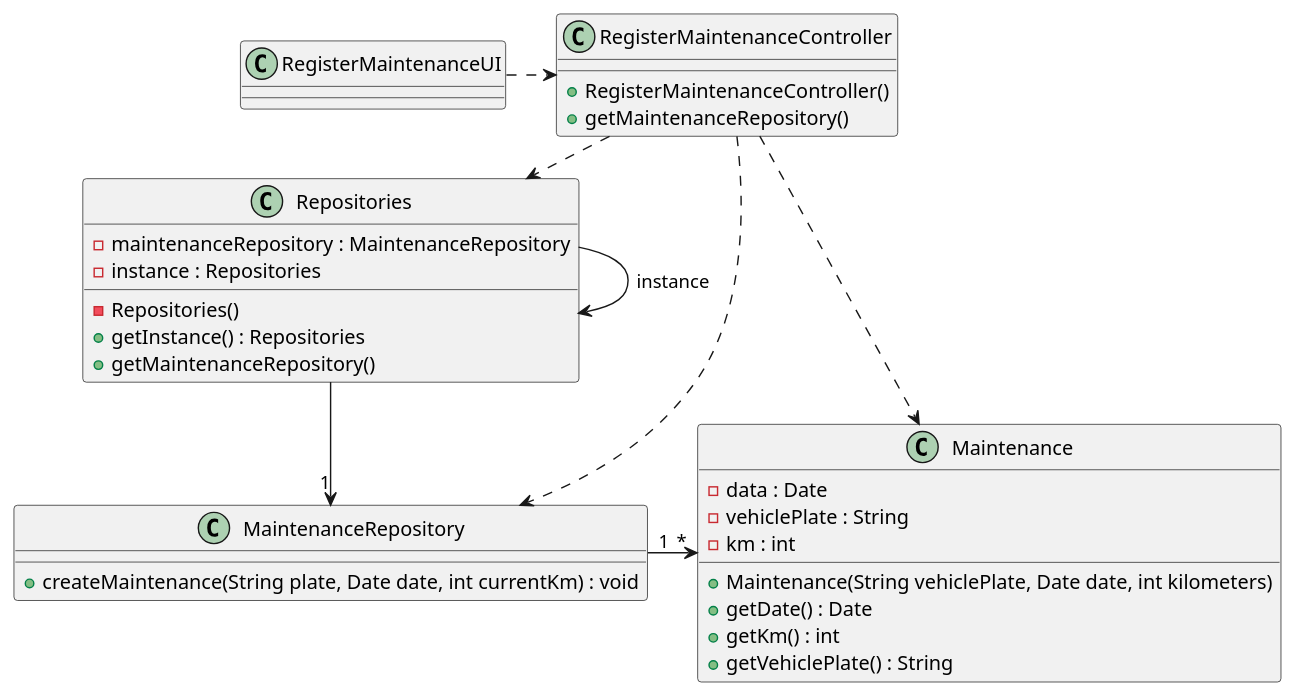
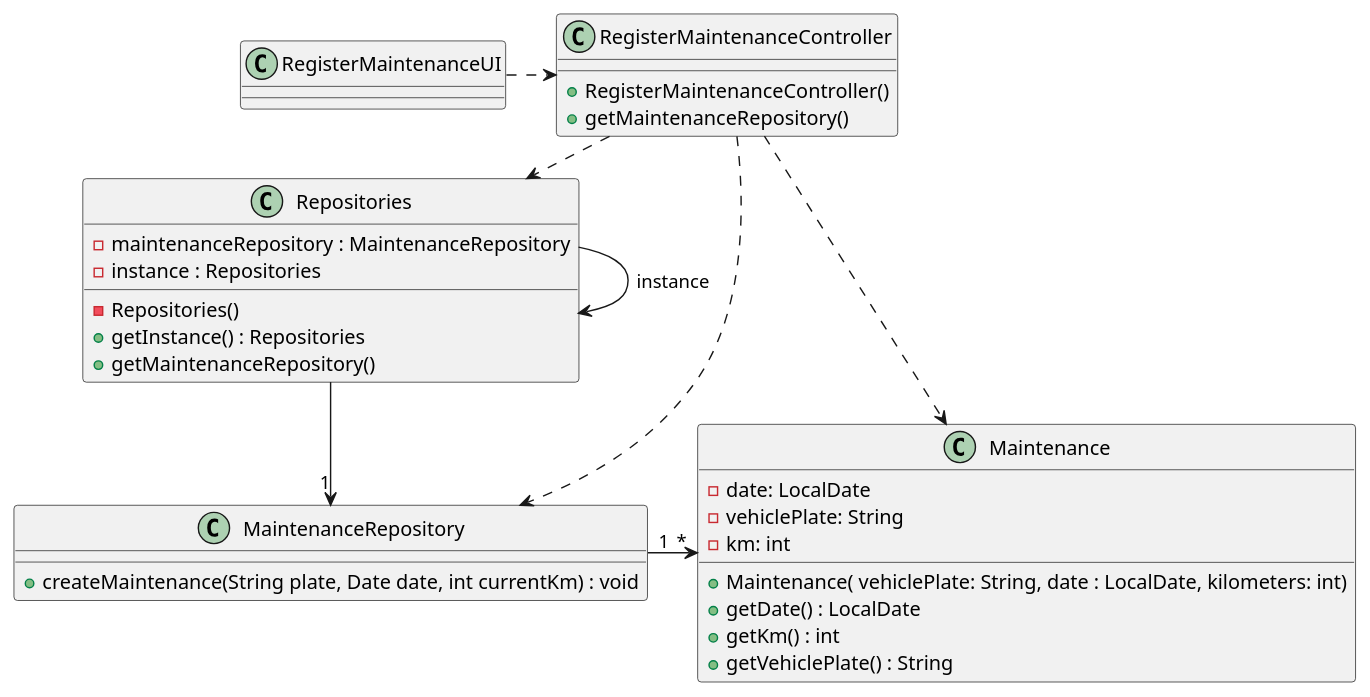
One commit to ricardomm7/leaflink changed the diagram in docs/sprintC/us007/03.design/puml/us007-class-diagram.puml. Above: the diagram before and after it, drawn with PlantUML. The commit also changed 16 other files, not shown here.

Commit message:
Correct ListMaintenance (Feedback); Update VehicleType as enum; Verify vehicle plates format for year; Update Tests and DiagramClass

```diff
--- a/docs/sprintC/us007/03.design/puml/us007-class-diagram.puml
+++ b/docs/sprintC/us007/03.design/puml/us007-class-diagram.puml
@@ -1,55 +1,55 @@
 @startuml
 skinparam shadowing false
 skinparam line type polyline
 
 'left to right direction
 
 class Maintenance {
-    - data : Date
-    - vehiclePlate : String
-    - km : int
+    - date: LocalDate
+    - vehiclePlate: String
+    - km: int
 
-    + Maintenance(String vehiclePlate, Date date, int kilometers)
-    + getDate() : Date
+    + Maintenance( vehiclePlate: String, date : LocalDate, kilometers: int)
+    + getDate() : LocalDate
     + getKm() : int
     + getVehiclePlate() : String
 }
 
 
 class MaintenanceRepository {
     + createMaintenance(String plate, Date date, int currentKm) : void
 }
 
 class Repositories {
 -maintenanceRepository : MaintenanceRepository
         - instance : Repositories
         - Repositories()
     + getInstance() : Repositories
     + getMaintenanceRepository()
 }
 
 class RegisterMaintenanceController {
     + RegisterMaintenanceController()
     + getMaintenanceRepository()
 }
 
 class RegisterMaintenanceUI {
 }
 
 Repositories -> Repositories : instance
 
 RegisterMaintenanceUI .> RegisterMaintenanceController
 
 RegisterMaintenanceController .> Repositories
 
 RegisterMaintenanceController ..> MaintenanceRepository
 
 Repositories -> "1" MaintenanceRepository
 
 MaintenanceRepository "1" -> "*" Maintenance
 
 
 RegisterMaintenanceController ..> Maintenance
 
 
 @enduml
```
